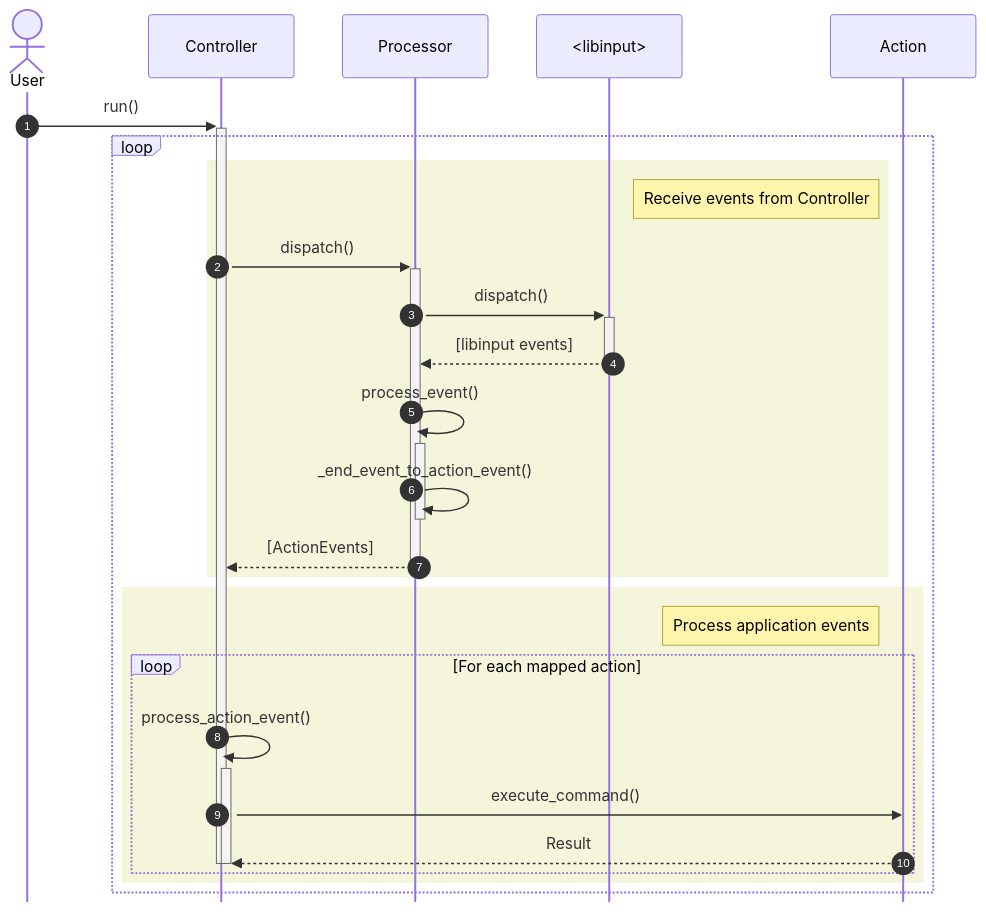
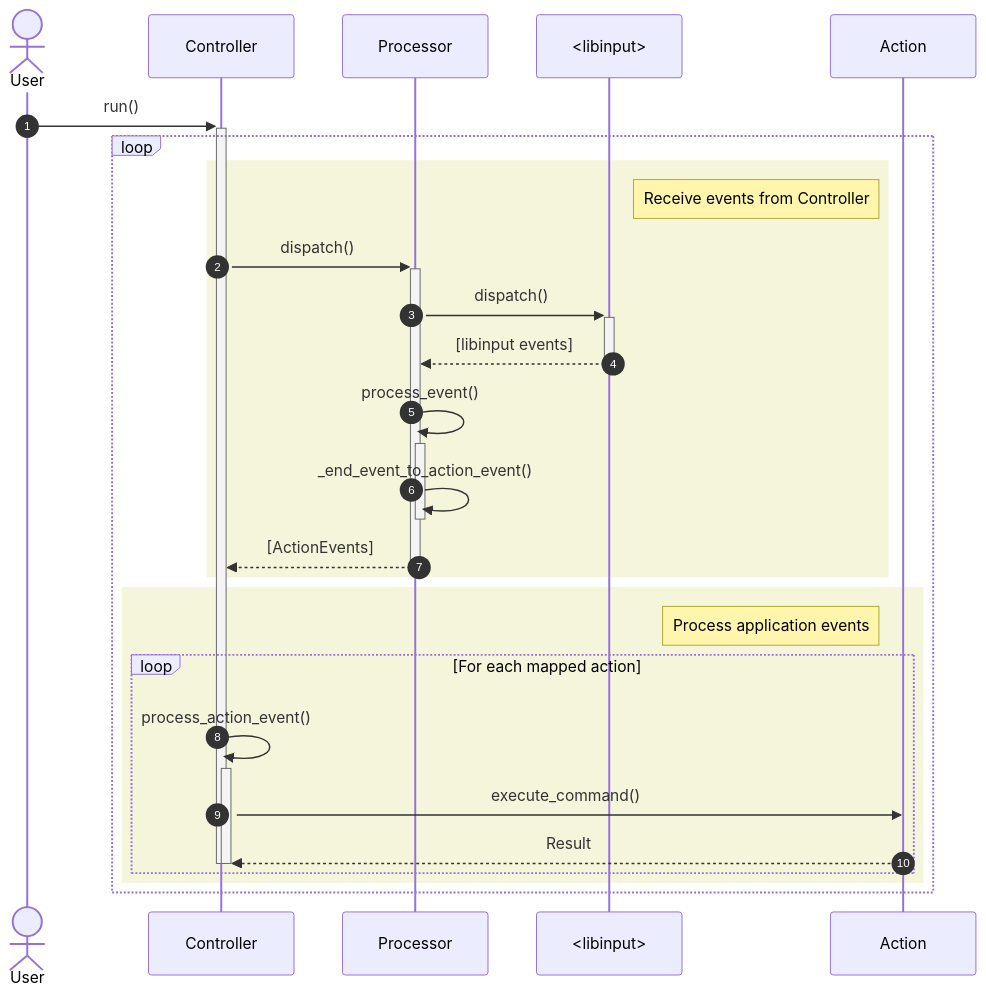
The second of 2 diagrams in crates/lillinput/README.md (diego-plan9/lillinput), drawn with Mermaid before and after one commit. The commit also changed 5 other files, not shown here.

````diff
--- a/crates/lillinput/README.md
+++ b/crates/lillinput/README.md
@@ -91,38 +91,38 @@
 ```mermaid
-%%{init: {'sequence': { 'mirrorActors': false}}}%%
+%%{init: {'sequence': { 'mirrorActors': false, `0.`0.'actorMargin': 100, 'messageFontSize': 14}}}%%
 
 sequenceDiagram
     autonumber
 
     actor User
     participant Controller
     participant Processor
     participant libinput as <libinput>
     participant Action
 
     User->>+Controller: run()
     loop
 
     rect beige
     note right of libinput: Receive events from Controller
     Controller->>+Processor: dispatch()
     Processor->>+libinput: dispatch()
     libinput-->>-Processor: [libinput events]
     Processor->>+Processor: process_event()
     Processor->>-Processor: _end_event_to_action_event()
     Processor-->>-Controller: [ActionEvents]
     end
 
     rect beige
     note left of Action: Process application events
     loop For each mapped action
     Controller->>+Controller: process_action_event()
     Controller->>Action: execute_command()
     Action-->>Controller: Result
     deactivate Controller
     deactivate Controller
     end
     end
 
     end
 ```
````
